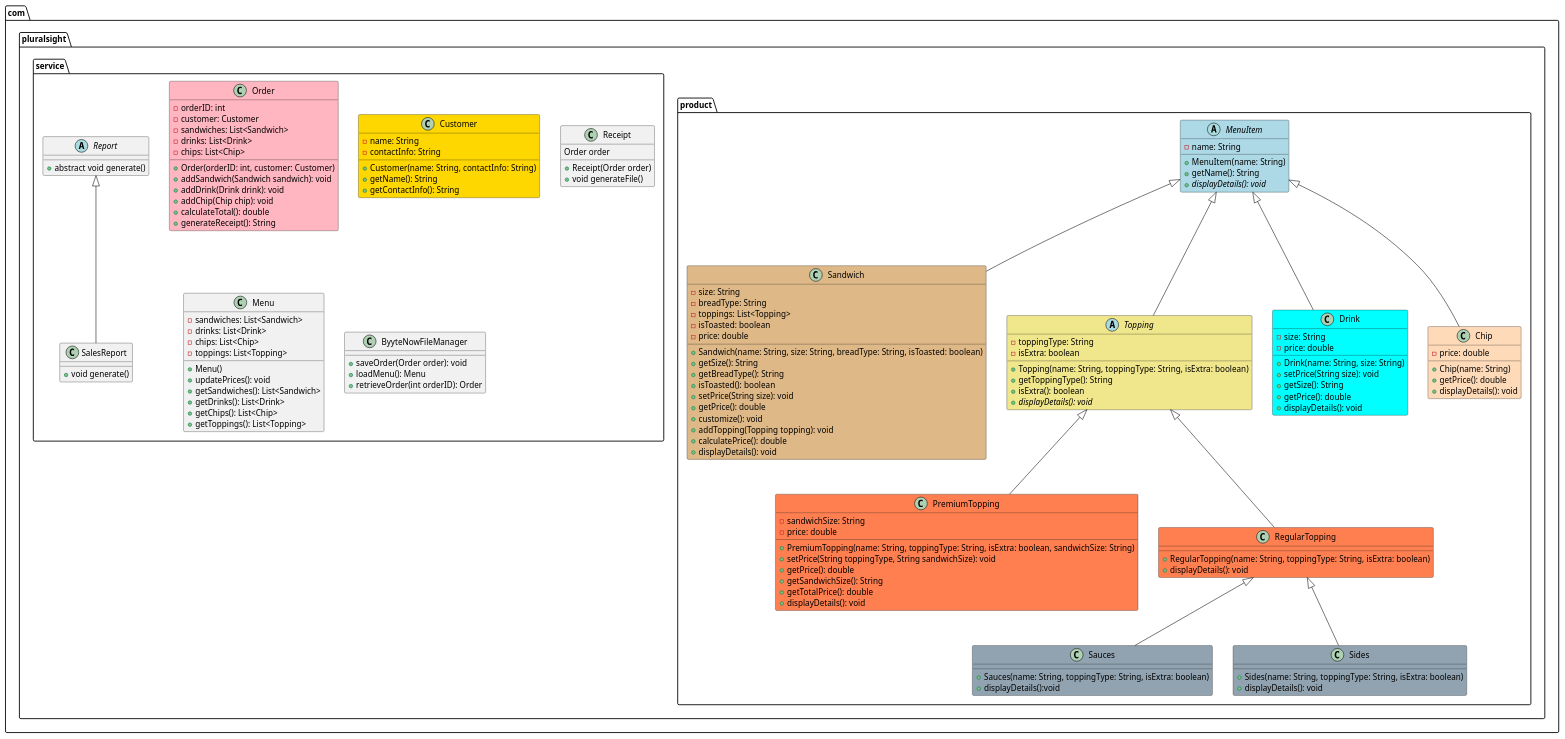
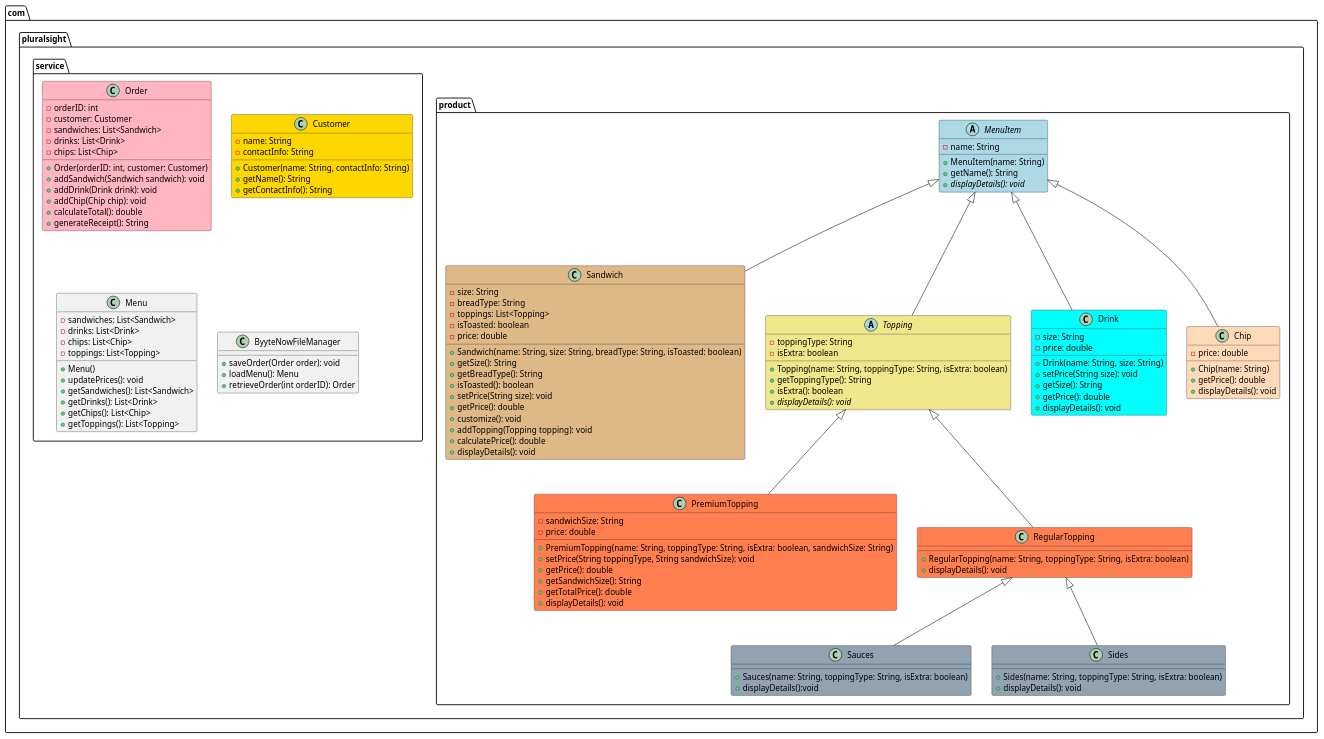
Before and after one commit to Ptunda/byyte-now: the diagram in src/main/java/com/pluralsight/byyte-now.puml, drawn with PlantUML. The commit also changed 1 other file, not shown here.

Commit message:
Added a ReceiptService class to handle receipt saving operations

```diff
--- a/src/main/java/com/pluralsight/byyte-now.puml
+++ b/src/main/java/com/pluralsight/byyte-now.puml
@@ -1,163 +1,148 @@
 @startuml
 package com.pluralsight{
 
 package com.pluralsight.product{
 
 abstract class MenuItem #lightblue{
 -name: String
 
 +MenuItem(name: String)
 +getName(): String
 +{abstract} displayDetails(): void
 
 }
 
 class Sandwich #DEB887 extends MenuItem{
 -size: String
 -breadType: String
 -toppings: List<Topping>
 -isToasted: boolean
 -price: double
 
 +Sandwich(name: String, size: String, breadType: String, isToasted: boolean)
 +getSize(): String
 +getBreadType(): String
 +isToasted(): boolean
 +setPrice(String size): void
 +getPrice(): double
 +customize(): void
 +addTopping(Topping topping): void
 +calculatePrice(): double
 +displayDetails(): void
 }
 
 abstract class Topping #F0E68C extends MenuItem {
 -toppingType: String
 -isExtra: boolean
 +Topping(name: String, toppingType: String, isExtra: boolean)
 +getToppingType(): String
 +isExtra(): boolean
 +{abstract} displayDetails(): void
 }
 
 class Drink #00FFFF extends MenuItem {
 -size: String
 -price: double
 
 +Drink(name: String, size: String)
 +setPrice(String size): void
 +getSize(): String
 +getPrice(): double
 +displayDetails(): void
 }
 
 class Chip #FFDAB9 extends MenuItem {
 -price: double
 
 +Chip(name: String)
 +getPrice(): double
 +displayDetails(): void
 }
 
 
 class PremiumTopping #FF7F50 extends Topping {
 -sandwichSize: String
 -price: double
 +PremiumTopping(name: String, toppingType: String, isExtra: boolean, sandwichSize: String)
 +setPrice(String toppingType, String sandwichSize): void
 +getPrice(): double
 +getSandwichSize(): String
 +getTotalPrice(): double
 +displayDetails(): void
 }
 
 class RegularTopping #FF7F50 extends Topping {
 +RegularTopping(name: String, toppingType: String, isExtra: boolean)
 +displayDetails(): void
 }
 
 class Sauces #91A3B0 extends RegularTopping{
 
 +Sauces(name: String, toppingType: String, isExtra: boolean)
 +displayDetails():void
 
 }
 
 class Sides #91A3B0 extends RegularTopping{
 
 +Sides(name: String, toppingType: String, isExtra: boolean)
 +displayDetails(): void
 }
 
 
 }
 
 package com.pluralsight.service{
 
 class Order #FFB6C1 {
 -orderID: int
 -customer: Customer
 -sandwiches: List<Sandwich>
 -drinks: List<Drink>
 -chips: List<Chip>
 
 +Order(orderID: int, customer: Customer)
 +addSandwich(Sandwich sandwich): void
 +addDrink(Drink drink): void
 +addChip(Chip chip): void
 +calculateTotal(): double
 +generateReceipt(): String
 }
 
 class Customer #FFD700{
 -name: String
 -contactInfo: String
 
 +Customer(name: String, contactInfo: String)
 +getName(): String
 +getContactInfo(): String
 }
 
-abstract class Report {
-+abstract void generate()
-}
-
-
-class Receipt {
-Order order
-
-+Receipt(Order order)
-+void generateFile()
-}
-
-class SalesReport extends Report {
-+void generate()
-}
-
 class Menu {
 -sandwiches: List<Sandwich>
 -drinks: List<Drink>
 -chips: List<Chip>
 -toppings: List<Topping>
 
 + Menu()
 +updatePrices(): void
 +getSandwiches(): List<Sandwich>
 +getDrinks(): List<Drink>
 +getChips(): List<Chip>
 +getToppings(): List<Topping>
+
 }
 
 class ByyteNowFileManager {
 +saveOrder(Order order): void
 +loadMenu(): Menu
 +retrieveOrder(int orderID): Order
 }
 
 
 }
 
 }
 
 
 @enduml
```
